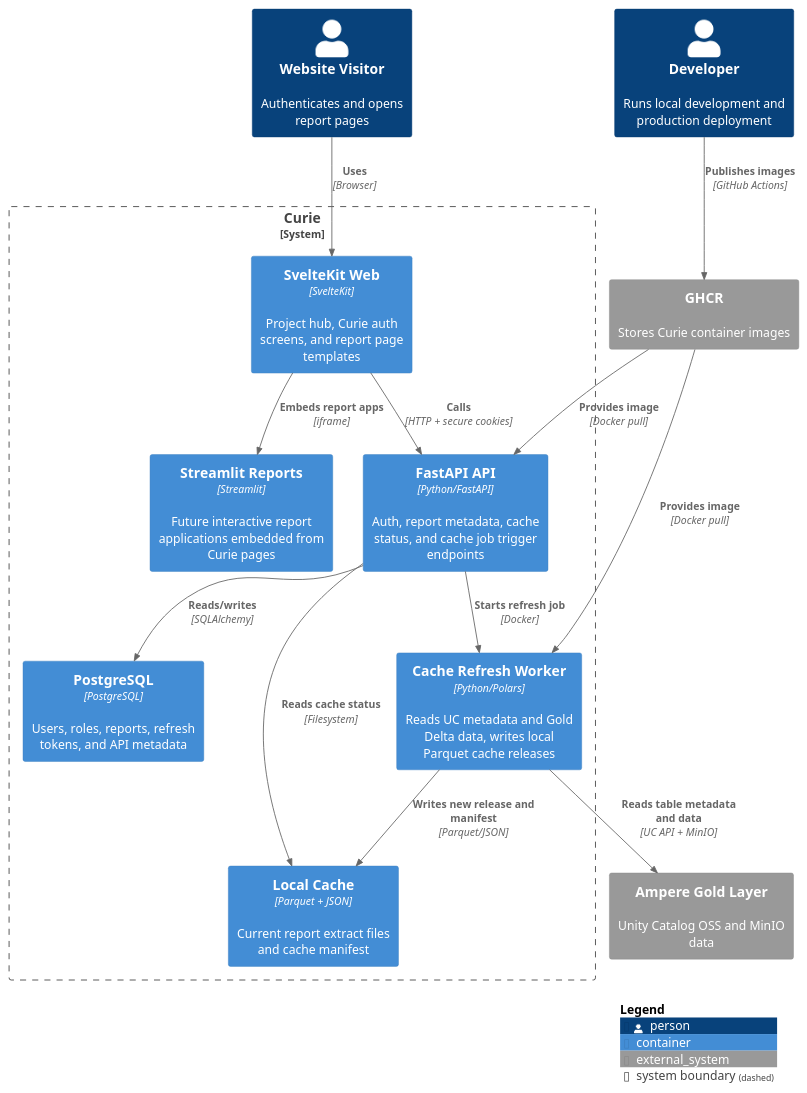
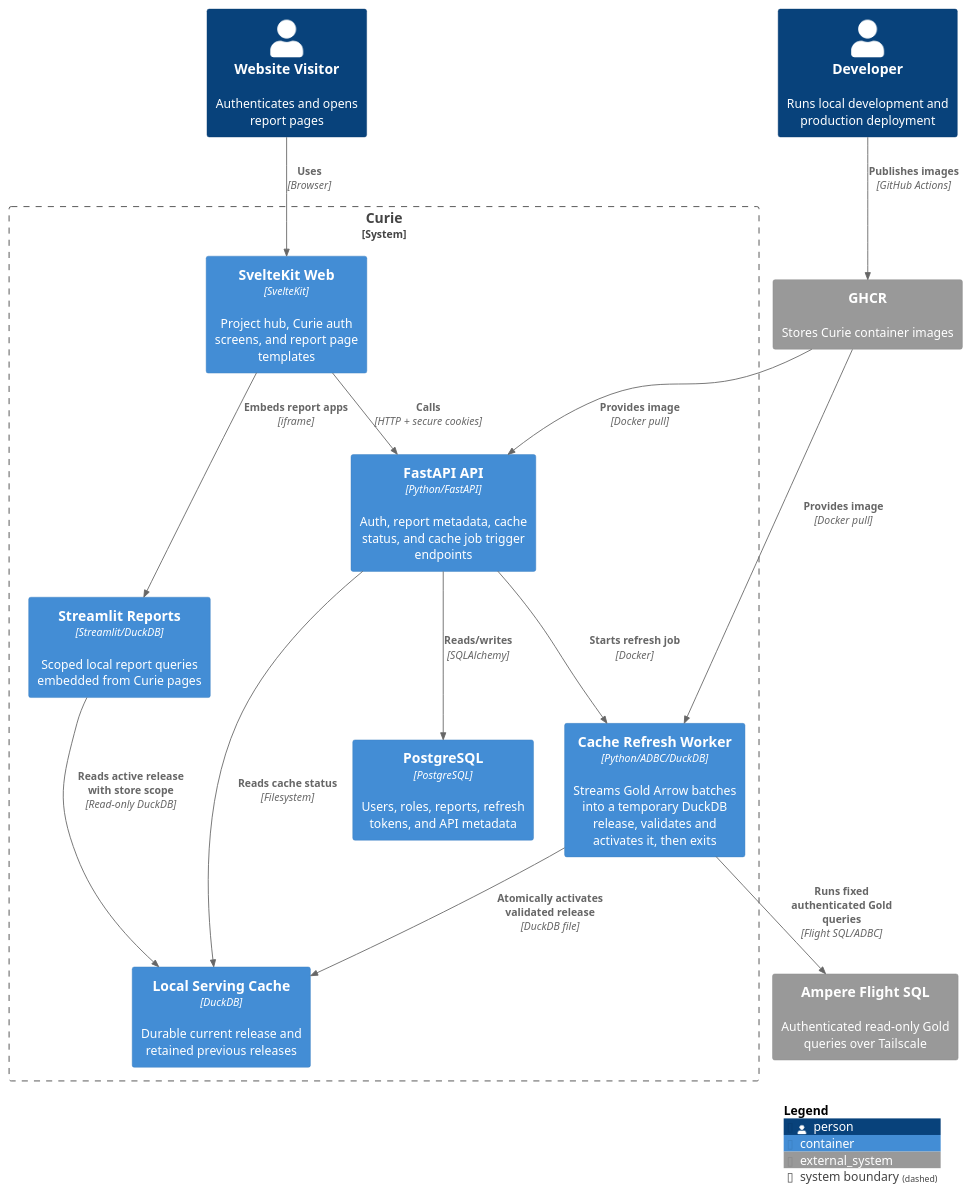
Before and after one commit to AntonMiniazev/curie_project: the diagram in docs/diagrams/containers.puml, drawn with PlantUML. The commit also changed 52 other files, not shown here.

Commit message:
feat(cache): switch production reports to Flight SQL aggregates

```diff
--- a/docs/diagrams/containers.puml
+++ b/docs/diagrams/containers.puml
@@ -1,34 +1,35 @@
 @startuml CurieContainers
 !includeurl https://raw.githubusercontent.com/plantuml-stdlib/C4-PlantUML/master/C4_Container.puml
 LAYOUT_WITH_LEGEND()
 HIDE_STEREOTYPE()
 
 Person(visitor, "Website Visitor", "Authenticates and opens report pages")
 Person(dev, "Developer", "Runs local development and production deployment")
 
 System_Ext(ghcr, "GHCR", "Stores Curie container images")
-System_Ext(ampereGold, "Ampere Gold Layer", "Unity Catalog OSS and MinIO data")
+System_Ext(ampereGold, "Ampere Flight SQL", "Authenticated read-only Gold queries over Tailscale")
 
 System_Boundary(curie, "Curie") {
     Container(web, "SvelteKit Web", "SvelteKit", "Project hub, Curie auth screens, and report page templates")
     Container(api, "FastAPI API", "Python/FastAPI", "Auth, report metadata, cache status, and cache job trigger endpoints")
     Container(db, "PostgreSQL", "PostgreSQL", "Users, roles, reports, refresh tokens, and API metadata")
-    Container(cacheWorker, "Cache Refresh Worker", "Python/Polars", "Reads UC metadata and Gold Delta data, writes local Parquet cache releases")
-    Container(cacheFiles, "Local Cache", "Parquet + JSON", "Current report extract files and cache manifest")
-    Container(streamlit, "Streamlit Reports", "Streamlit", "Future interactive report applications embedded from Curie pages")
+    Container(cacheWorker, "Cache Refresh Worker", "Python/ADBC/DuckDB", "Streams Gold Arrow batches into a temporary DuckDB release, validates and activates it, then exits")
+    Container(cacheFiles, "Local Serving Cache", "DuckDB", "Durable current release and retained previous releases")
+    Container(streamlit, "Streamlit Reports", "Streamlit/DuckDB", "Scoped local report queries embedded from Curie pages")
 }
 
 Rel(visitor, web, "Uses", "Browser")
 Rel(web, api, "Calls", "HTTP + secure cookies")
 Rel(web, streamlit, "Embeds report apps", "iframe")
 Rel(api, db, "Reads/writes", "SQLAlchemy")
 Rel(api, cacheWorker, "Starts refresh job", "Docker")
-Rel(cacheWorker, ampereGold, "Reads table metadata and data", "UC API + MinIO")
-Rel(cacheWorker, cacheFiles, "Writes new release and manifest", "Parquet/JSON")
+Rel(cacheWorker, ampereGold, "Runs fixed authenticated Gold queries", "Flight SQL/ADBC")
+Rel(cacheWorker, cacheFiles, "Atomically activates validated release", "DuckDB file")
 Rel(api, cacheFiles, "Reads cache status", "Filesystem")
+Rel(streamlit, cacheFiles, "Reads active release with store scope", "Read-only DuckDB")
 Rel(dev, ghcr, "Publishes images", "GitHub Actions")
 Rel(ghcr, api, "Provides image", "Docker pull")
 Rel(ghcr, cacheWorker, "Provides image", "Docker pull")
 
 SHOW_LEGEND()
 @enduml
```
